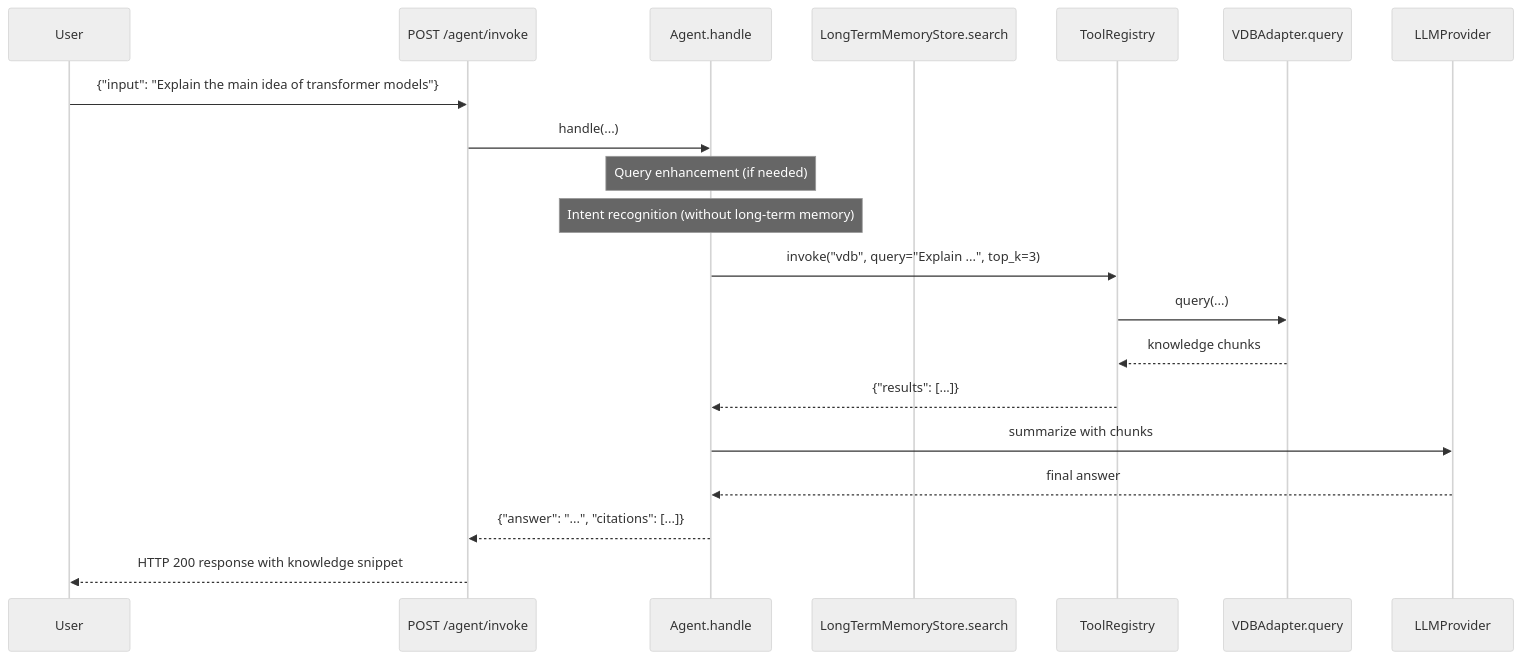
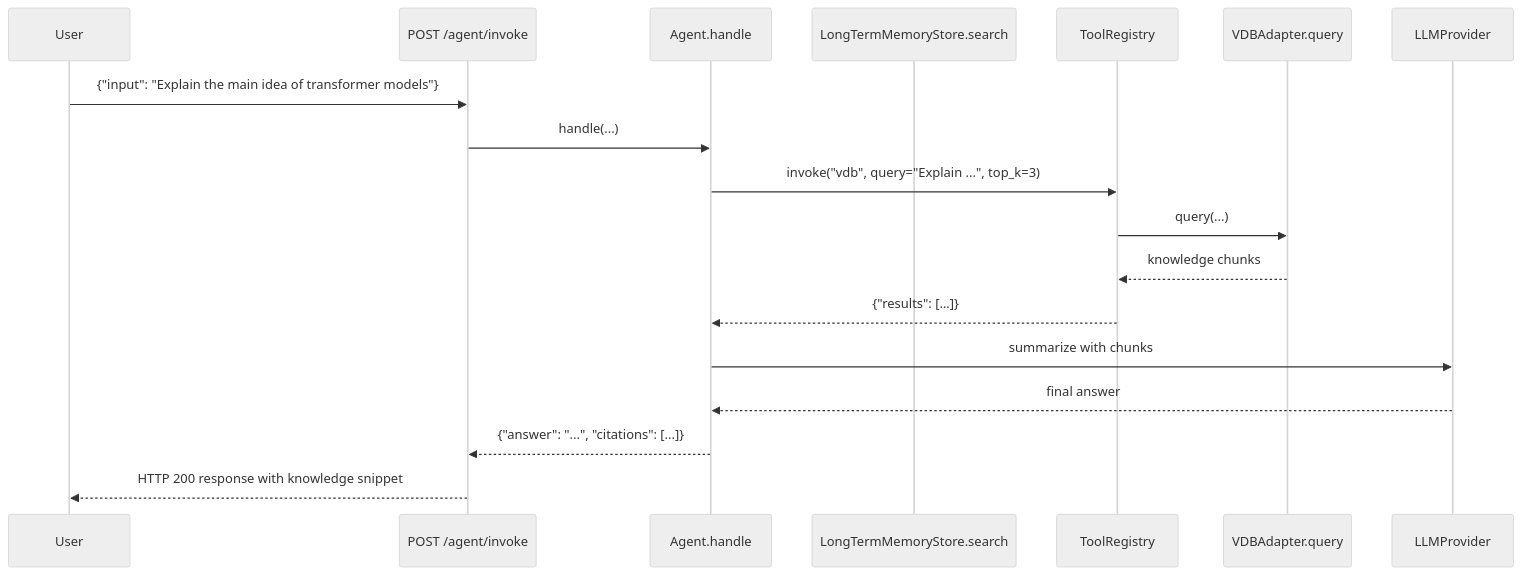
The fifth of 6 diagrams in design_report.md (JiangXue0820/agentic_ai_chatbot), drawn with Mermaid (neutral theme) before and after one commit.

Commit message:
update design_doc

````diff
--- a/design_report.md
+++ b/design_report.md
@@ -660,23 +660,21 @@
 ```mermaid
 sequenceDiagram
     participant User
     participant API as POST /agent/invoke
     participant Agent as Agent.handle
     participant LongMem as LongTermMemoryStore.search
     participant Tools as ToolRegistry
     participant VDB as VDBAdapter.query
     participant LLM as LLMProvider
 
     User->>API: {"input": "Explain the main idea of transformer models"}
     API->>Agent: handle(...)
-    Note over Agent: Query enhancement (if needed)
-    Note over Agent: Intent recognition (without long-term memory)
     Agent->>Tools: invoke("vdb", query="Explain ...", top_k=3)
     Tools->>VDB: query(...)
     VDB-->>Tools: knowledge chunks
     Tools-->>Agent: {"results": [...]}
     Agent->>LLM: summarize with chunks
     LLM-->>Agent: final answer
     Agent-->>API: {"answer": "...", "citations": [...]}
     API-->>User: HTTP 200 response with knowledge snippet
 ```
````
